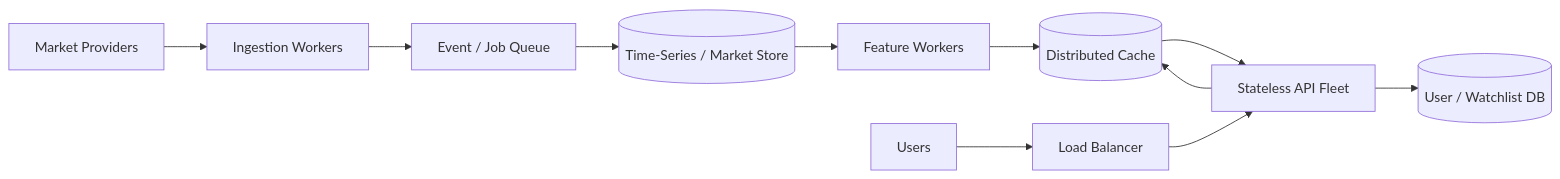
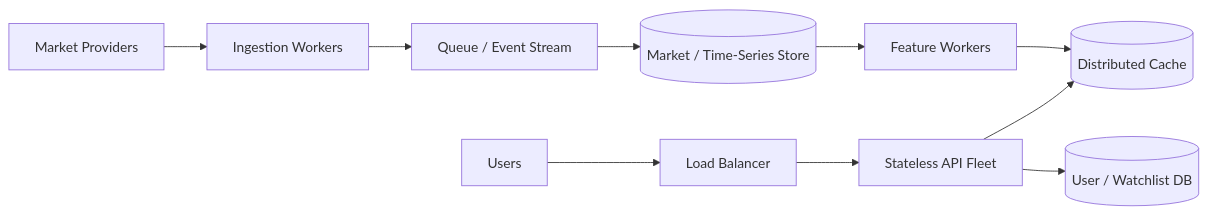
One commit to Sanjana-1905/smart-watchlist changed the fifth of 5 diagrams in README.md. Above: the diagram before and after it, drawn with Mermaid. The commit also changed other lines of this file, not shown here.

````diff
--- a/README.md
+++ b/README.md
@@ -1654,25 +963,17 @@
 ```mermaid
 flowchart LR
 
     PROVIDERS["Market Providers"]
-        --> INGEST["Ingestion Workers"]
-
-    INGEST --> QUEUE["Event / Job Queue"]
-
-    QUEUE --> STORE[("Time-Series / Market Store")]
-
-    STORE --> FEATURES["Feature Workers"]
-
-    FEATURES --> CACHE[("Distributed Cache")]
-
-    CACHE --> API["Stateless API Fleet"]
+    --> INGEST["Ingestion Workers"]
+    --> QUEUE["Queue / Event Stream"]
+    --> MARKET[("Market / Time-Series Store")]
+    --> FEATURES["Feature Workers"]
+    --> CACHE[("Distributed Cache")]
 
     USERS["Users"]
-        --> LB["Load Balancer"]
-
-    LB --> API
+    --> LB["Load Balancer"]
+    --> API["Stateless API Fleet"]
 
     API --> USERDB[("User / Watchlist DB")]
-
     API --> CACHE
 ```
````
